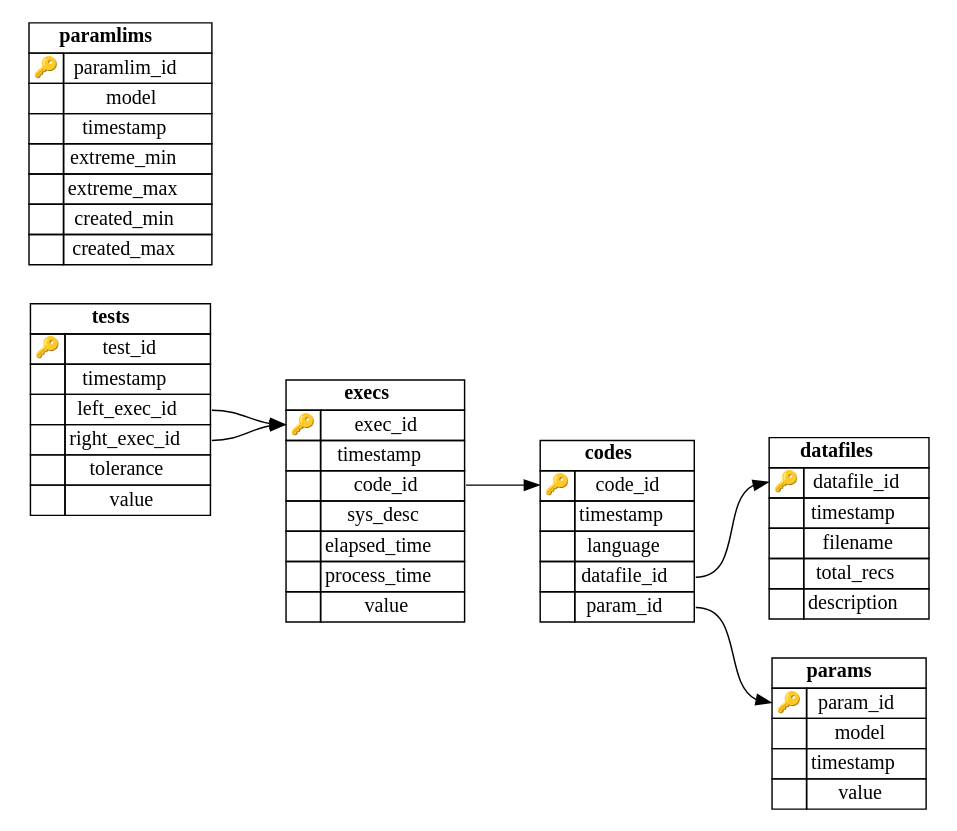
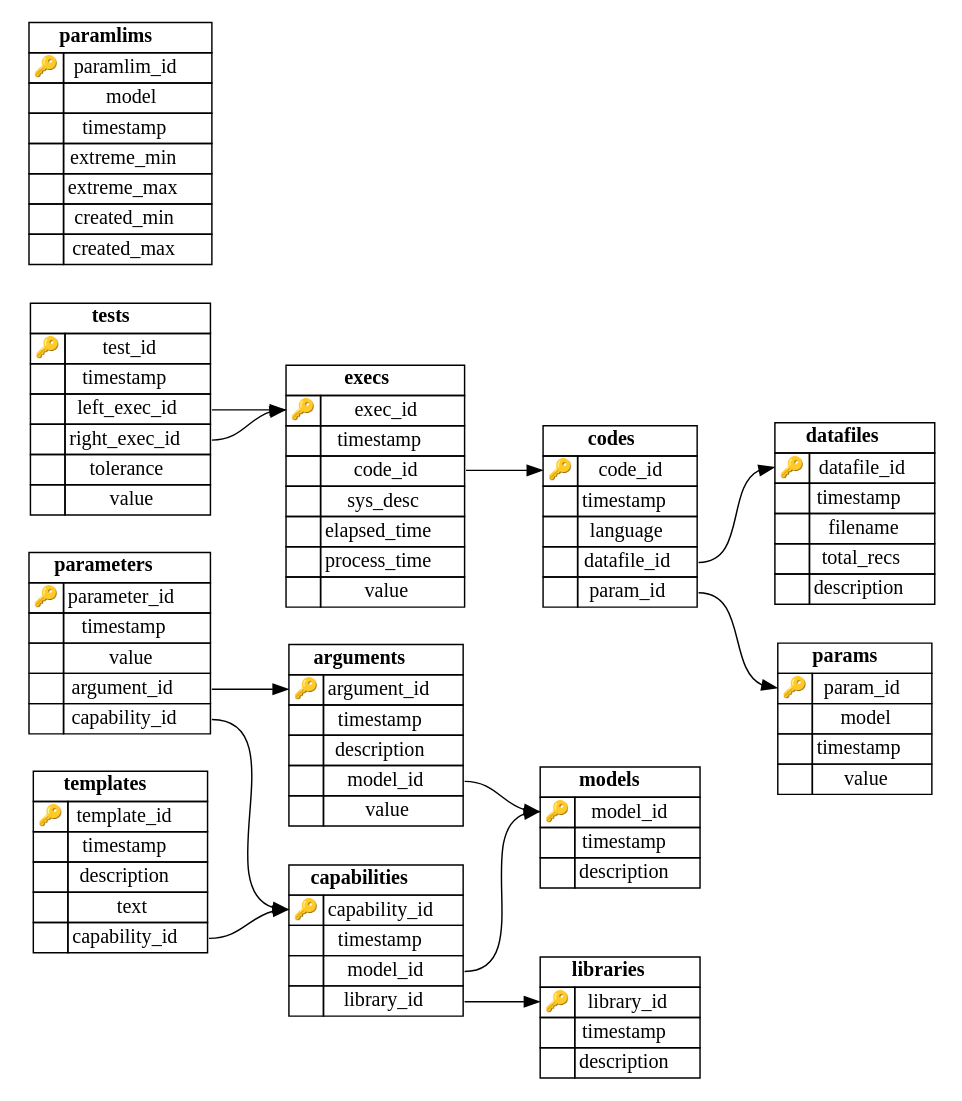
Before and after one commit to hgfernan/ctsa: the diagram in doc/img/schema.dot, drawn with Graphviz. The commit also changed 3 other files, not shown here.

Commit message:
Adding `capabilities`, `templates` and `arguments` to  test database structure

```diff
--- a/doc/img/schema.dot
+++ b/doc/img/schema.dot
@@ -7,6 +7,76 @@
 
 node [shape=none]
 
+arguments [label=<
+            <TABLE BORDER="0" CELLSPACING="0" CELLBORDER="1">
+                <TR>
+                    <TD COLSPAN="2"><B>arguments</B></TD>
+                </TR>
+            
+                <TR>
+                    <TD PORT="argument_id_to">🔑</TD>
+                    <TD PORT="argument_id_from">argument_id</TD>
+                </TR>
+            
+
+                <TR>
+                    <TD PORT="timestamp_to">&nbsp;</TD>
+                    <TD PORT="timestamp_from">timestamp</TD>
+                </TR>
+            
+
+                <TR>
+                    <TD PORT="description_to">&nbsp;</TD>
+                    <TD PORT="description_from">description</TD>
+                </TR>
+            
+
+                <TR>
+                    <TD PORT="model_id_to">&nbsp;</TD>
+                    <TD PORT="model_id_from">model_id</TD>
+                </TR>
+            
+
+                <TR>
+                    <TD PORT="value_to">&nbsp;</TD>
+                    <TD PORT="value_from">value</TD>
+                </TR>
+            
+            </TABLE>
+        >];
+        
+capabilities [label=<
+            <TABLE BORDER="0" CELLSPACING="0" CELLBORDER="1">
+                <TR>
+                    <TD COLSPAN="2"><B>capabilities</B></TD>
+                </TR>
+            
+                <TR>
+                    <TD PORT="capability_id_to">🔑</TD>
+                    <TD PORT="capability_id_from">capability_id</TD>
+                </TR>
+            
+
+                <TR>
+                    <TD PORT="timestamp_to">&nbsp;</TD>
+                    <TD PORT="timestamp_from">timestamp</TD>
+                </TR>
+            
+
+                <TR>
+                    <TD PORT="model_id_to">&nbsp;</TD>
+                    <TD PORT="model_id_from">model_id</TD>
+                </TR>
+            
+
+                <TR>
+                    <TD PORT="library_id_to">&nbsp;</TD>
+                    <TD PORT="library_id_from">library_id</TD>
+                </TR>
+            
+            </TABLE>
+        >];
+        
 codes [label=<
             <TABLE BORDER="0" CELLSPACING="0" CELLBORDER="1">
                 <TR>
@@ -133,6 +203,96 @@
             </TABLE>
         >];
         
+libraries [label=<
+            <TABLE BORDER="0" CELLSPACING="0" CELLBORDER="1">
+                <TR>
+                    <TD COLSPAN="2"><B>libraries</B></TD>
+                </TR>
+            
+                <TR>
+                    <TD PORT="library_id_to">🔑</TD>
+                    <TD PORT="library_id_from">library_id</TD>
+                </TR>
+            
+
+                <TR>
+                    <TD PORT="timestamp_to">&nbsp;</TD>
+                    <TD PORT="timestamp_from">timestamp</TD>
+                </TR>
+            
+
+                <TR>
+                    <TD PORT="description_to">&nbsp;</TD>
+                    <TD PORT="description_from">description</TD>
+                </TR>
+            
+            </TABLE>
+        >];
+        
+models [label=<
+            <TABLE BORDER="0" CELLSPACING="0" CELLBORDER="1">
+                <TR>
+                    <TD COLSPAN="2"><B>models</B></TD>
+                </TR>
+            
+                <TR>
+                    <TD PORT="model_id_to">🔑</TD>
+                    <TD PORT="model_id_from">model_id</TD>
+                </TR>
+            
+
+                <TR>
+                    <TD PORT="timestamp_to">&nbsp;</TD>
+                    <TD PORT="timestamp_from">timestamp</TD>
+                </TR>
+            
+
+                <TR>
+                    <TD PORT="description_to">&nbsp;</TD>
+                    <TD PORT="description_from">description</TD>
+                </TR>
+            
+            </TABLE>
+        >];
+        
+parameters [label=<
+            <TABLE BORDER="0" CELLSPACING="0" CELLBORDER="1">
+                <TR>
+                    <TD COLSPAN="2"><B>parameters</B></TD>
+                </TR>
+            
+                <TR>
+                    <TD PORT="parameter_id_to">🔑</TD>
+                    <TD PORT="parameter_id_from">parameter_id</TD>
+                </TR>
+            
+
+                <TR>
+                    <TD PORT="timestamp_to">&nbsp;</TD>
+                    <TD PORT="timestamp_from">timestamp</TD>
+                </TR>
+            
+
+                <TR>
+                    <TD PORT="value_to">&nbsp;</TD>
+                    <TD PORT="value_from">value</TD>
+                </TR>
+            
+
+                <TR>
+                    <TD PORT="argument_id_to">&nbsp;</TD>
+                    <TD PORT="argument_id_from">argument_id</TD>
+                </TR>
+            
+
+                <TR>
+                    <TD PORT="capability_id_to">&nbsp;</TD>
+                    <TD PORT="capability_id_from">capability_id</TD>
+                </TR>
+            
+            </TABLE>
+        >];
+        
 paramlims [label=<
             <TABLE BORDER="0" CELLSPACING="0" CELLBORDER="1">
                 <TR>
@@ -215,6 +375,44 @@
             </TABLE>
         >];
         
+templates [label=<
+            <TABLE BORDER="0" CELLSPACING="0" CELLBORDER="1">
+                <TR>
+                    <TD COLSPAN="2"><B>templates</B></TD>
+                </TR>
+            
+                <TR>
+                    <TD PORT="template_id_to">🔑</TD>
+                    <TD PORT="template_id_from">template_id</TD>
+                </TR>
+            
+
+                <TR>
+                    <TD PORT="timestamp_to">&nbsp;</TD>
+                    <TD PORT="timestamp_from">timestamp</TD>
+                </TR>
+            
+
+                <TR>
+                    <TD PORT="description_to">&nbsp;</TD>
+                    <TD PORT="description_from">description</TD>
+                </TR>
+            
+
+                <TR>
+                    <TD PORT="text_to">&nbsp;</TD>
+                    <TD PORT="text_from">text</TD>
+                </TR>
+            
+
+                <TR>
+                    <TD PORT="capability_id_to">&nbsp;</TD>
+                    <TD PORT="capability_id_from">capability_id</TD>
+                </TR>
+            
+            </TABLE>
+        >];
+        
 tests [label=<
             <TABLE BORDER="0" CELLSPACING="0" CELLBORDER="1">
                 <TR>
@@ -259,10 +457,16 @@
             </TABLE>
         >];
         
+parameters:capability_id_from:e -> capabilities:capability_id_to:w
+parameters:argument_id_from:e -> arguments:argument_id_to:w
+templates:capability_id_from:e -> capabilities:capability_id_to:w
+arguments:model_id_from:e -> models:model_id_to:w
+capabilities:library_id_from:e -> libraries:library_id_to:w
+capabilities:model_id_from:e -> models:model_id_to:w
+codes:param_id_from:e -> params:param_id_to:w
+codes:datafile_id_from:e -> datafiles:datafile_id_to:w
+execs:code_id_from:e -> codes:code_id_to:w
 tests:right_exec_id_from:e -> execs:exec_id_to:w
 tests:left_exec_id_from:e -> execs:exec_id_to:w
-execs:code_id_from:e -> codes:code_id_to:w
-codes:param_id_from:e -> params:param_id_to:w
-codes:datafile_id_from:e -> datafiles:datafile_id_to:w
 
 }
```
